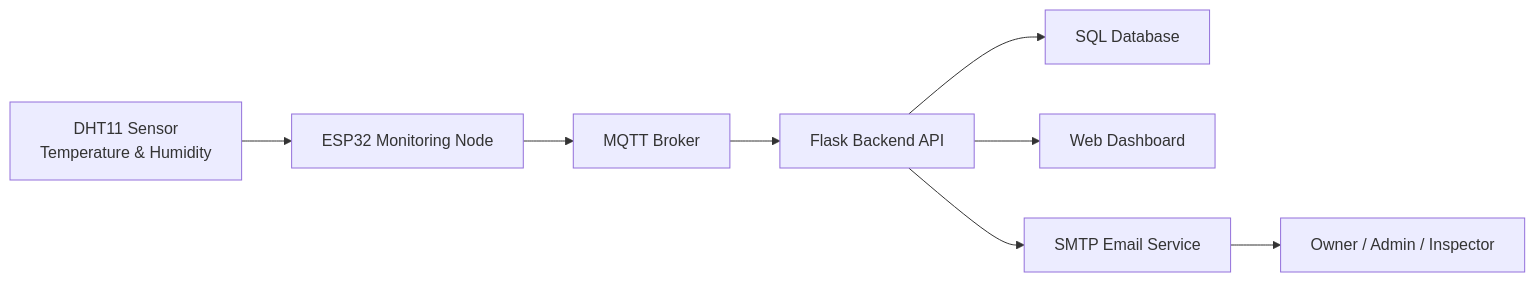
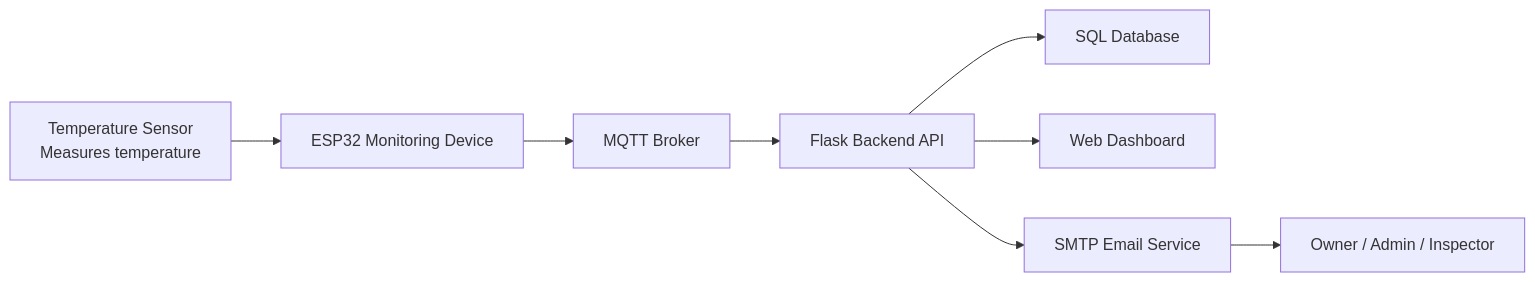
Before and after one commit to rabea14180-max/Portfolio-Project: the first of 2 diagrams in Stage 3/4. Document External and Internal APIs/API Documentation.md, drawn with Mermaid. The commit also changed other lines of this file, not shown here.

````diff
--- a/Stage 3/4. Document External and Internal APIs/API Documentation.md
+++ b/Stage 3/4. Document External and Internal APIs/API Documentation.md
@@ -20,19 +19,19 @@
 ```mermaid
 flowchart LR
-    Sensor["DHT11 Sensor<br/>Temperature & Humidity"]
-    ESP32["ESP32 Monitoring Node"]
+    Sensor["Temperature Sensor<br/>Measures temperature"]
+    ESP32["ESP32 Monitoring Device"]
     MQTT["MQTT Broker"]
     API["Flask Backend API"]
     DB["SQL Database"]
     Dashboard["Web Dashboard"]
     Email["SMTP Email Service"]
     Users["Owner / Admin / Inspector"]
 
     Sensor --> ESP32
     ESP32 --> MQTT
     MQTT --> API
     API --> DB
     API --> Dashboard
     API --> Email
     Email --> Users
 ```
````
